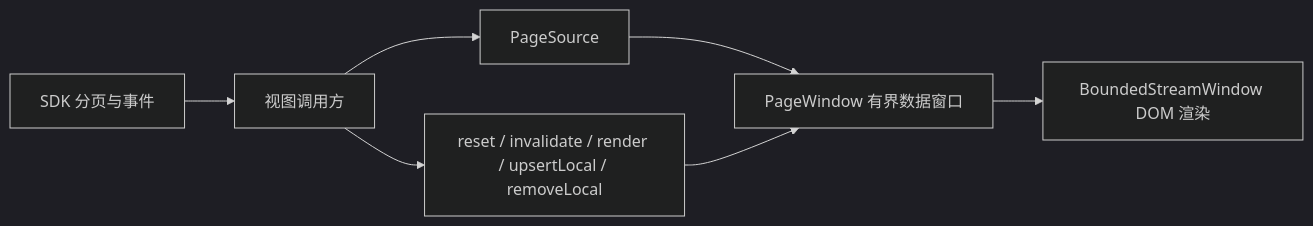
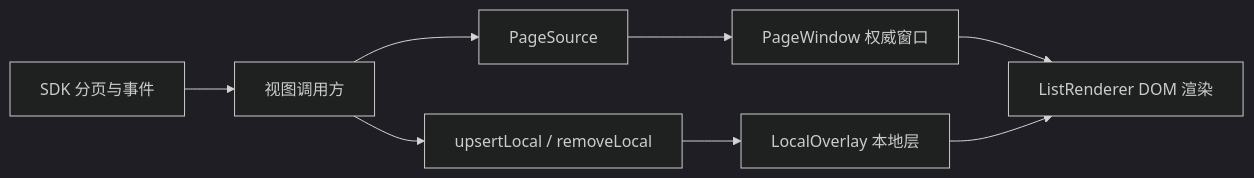
Before and after one commit to dacez/yimsg: the diagram in packages/uikit/docs/boundedlist/生产集成.md, drawn with Mermaid (dark theme). The commit also changed other lines of this file and 32 other files, not shown here.

First line of the commit message:
refactor(uikit): BoundedList 重构为「权威窗口 + 本地层」，修复提示条闪动

````diff
--- a/packages/uikit/docs/boundedlist/生产集成.md
+++ b/packages/uikit/docs/boundedlist/生产集成.md
@@ -12,9 +12,10 @@
 ```mermaid
 flowchart LR
     SDK["SDK 分页与事件"] --> Host["视图调用方"]
     Host --> Source["PageSource"]
-    Source --> Window["PageWindow 有界数据窗口"]
-    Window --> Render["BoundedStreamWindow DOM 渲染"]
-    Host --> Command["reset / invalidate / render / upsertLocal / removeLocal"]
-    Command --> Window
+    Source --> Window["PageWindow 权威窗口"]
+    Host --> Command["upsertLocal / removeLocal"]
+    Command --> Overlay["LocalOverlay 本地层"]
+    Window --> Render["ListRenderer DOM 渲染"]
+    Overlay --> Render
 ```
````
